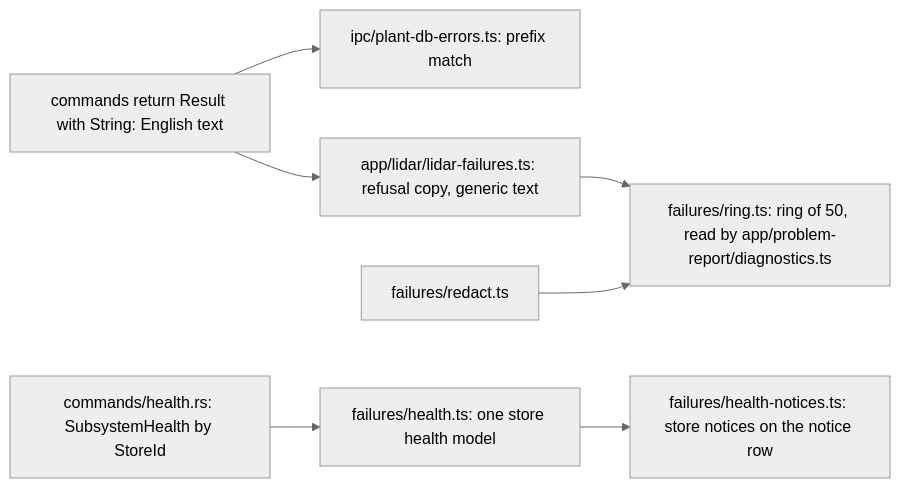
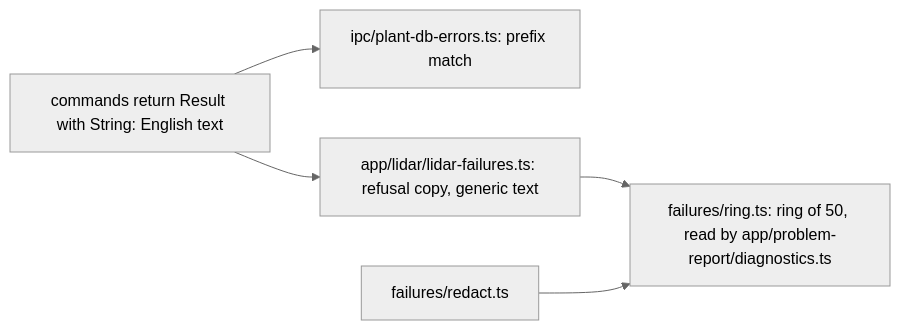
The ninth of 10 diagrams in docs/architecture/data-services.md (opencanopi/canopi), drawn with Mermaid (neutral theme) before and after one commit. The commit also changed other lines of this file and 5 other files, not shown here.

First line of the commit message:
docs: the architecture and data guides describe Phase 1's built failures sink and store health, and a release bump dispatches the updater lane first (canopi-hul9)

````diff
--- a/docs/architecture/data-services.md
+++ b/docs/architecture/data-services.md
@@ -320,17 +320,12 @@
 ```mermaid
 flowchart LR
   STR[commands return Result with String: English text]
   PDB[ipc/plant-db-errors.ts: prefix match]
   LF[app/lidar/lidar-failures.ts: refusal copy, generic text]
   DIAG[failures/ring.ts: ring of 50, read by app/problem-report/diagnostics.ts]
   RED[failures/redact.ts]
-  HS[commands/health.rs: SubsystemHealth by StoreId]
-  HST[failures/health.ts: one store health model]
-  BAN[failures/health-notices.ts: store notices on the notice row]
   STR --> PDB
   STR --> LF
   LF --> DIAG
   RED --> DIAG
-  HS --> HST
-  HST --> BAN
 ```
````
